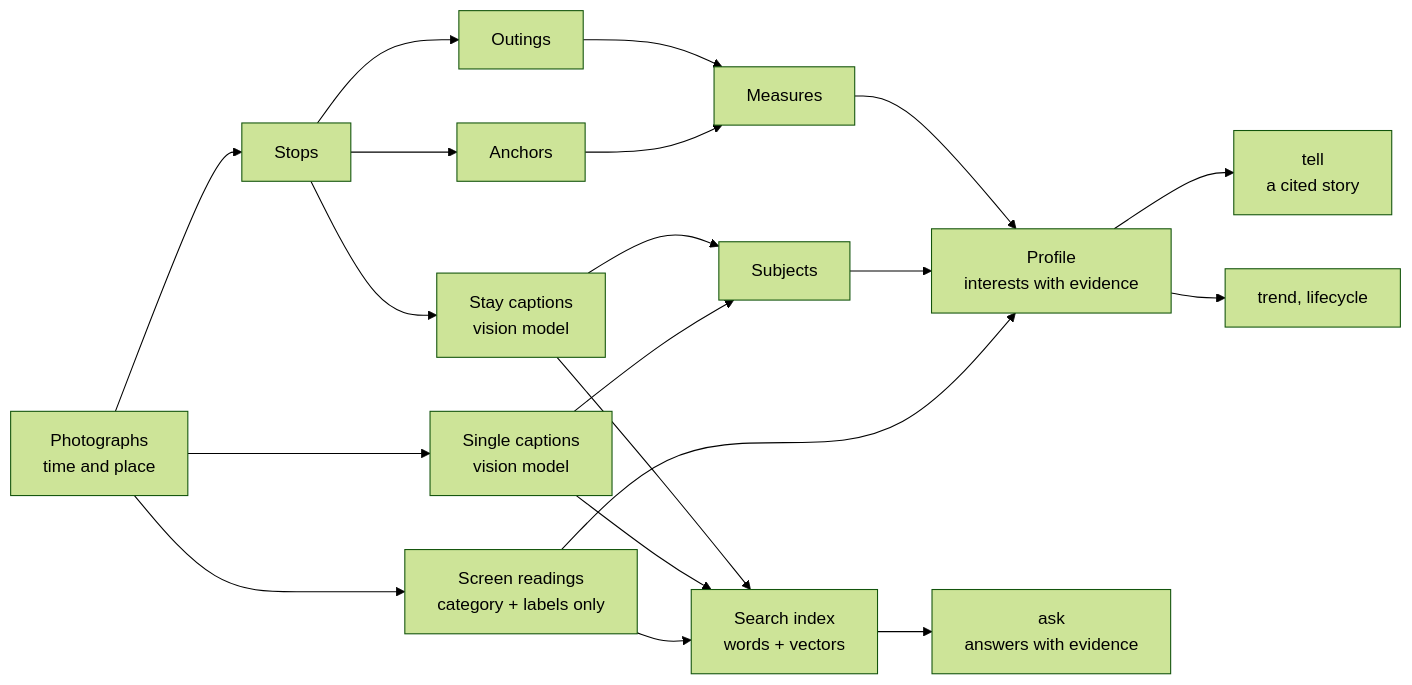
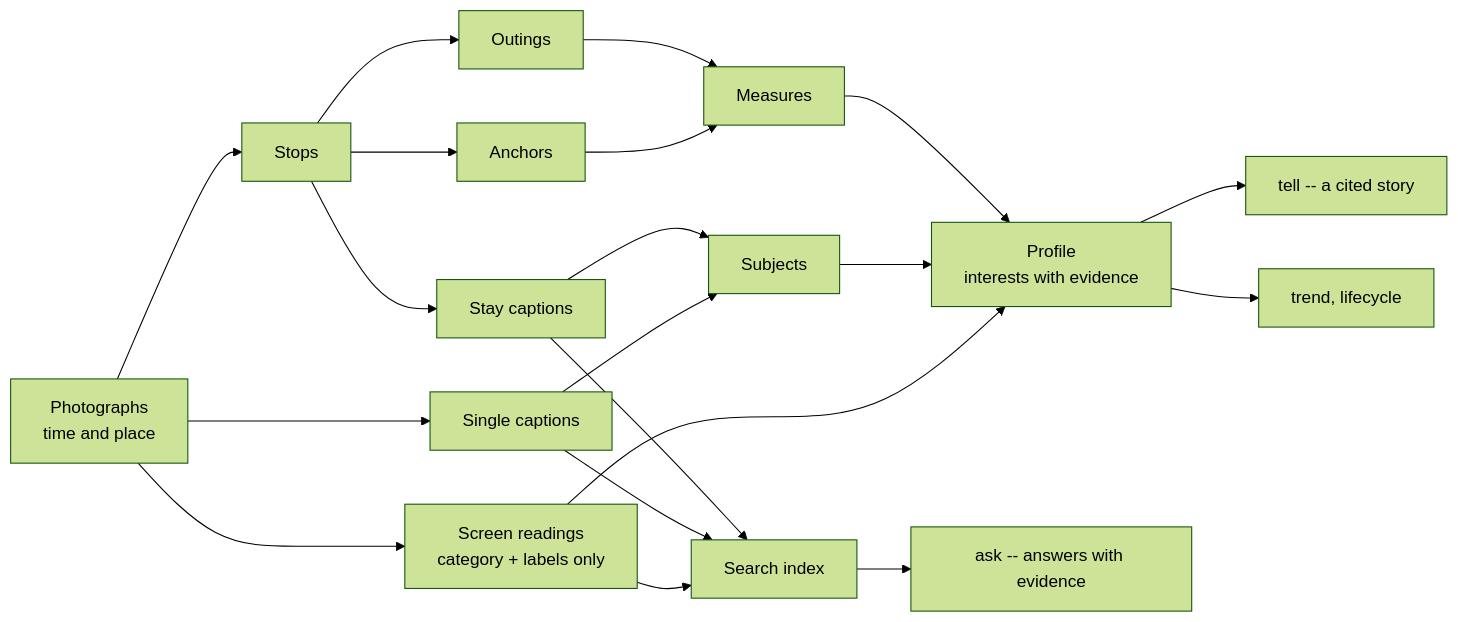
Before and after one commit to Nananananana/kiseki: the second of 4 diagrams in README.md, drawn with Mermaid (forest theme). The commit also changed other lines of this file and 2 other files, not shown here.

````diff
--- a/README.md
+++ b/README.md
@@ -106,22 +262,22 @@
 ```mermaid
 flowchart LR
     P["Photographs<br/>time and place"] --> S["Stops"]
     S --> O["Outings"]
     S --> AN["Anchors"]
     O --> M["Measures"]
     AN --> M
-    S --> CA["Stay captions<br/>vision model"]
-    P --> SI["Single captions<br/>vision model"]
+    S --> CA["Stay captions"]
+    P --> SI["Single captions"]
     P --> SC["Screen readings<br/>category + labels only"]
     CA --> SU["Subjects"]
     SI --> SU
     M --> PR["Profile<br/>interests with evidence"]
     SU --> PR
     SC --> PR
-    PR --> TL["tell<br/>a cited story"]
+    PR --> TL["tell -- a cited story"]
     PR --> LC["trend, lifecycle"]
-    CA --> IX["Search index<br/>words + vectors"]
+    CA --> IX["Search index"]
     SI --> IX
     SC --> IX
-    IX --> AS["ask<br/>answers with evidence"]
+    IX --> AS["ask -- answers with evidence"]
 ```
````
